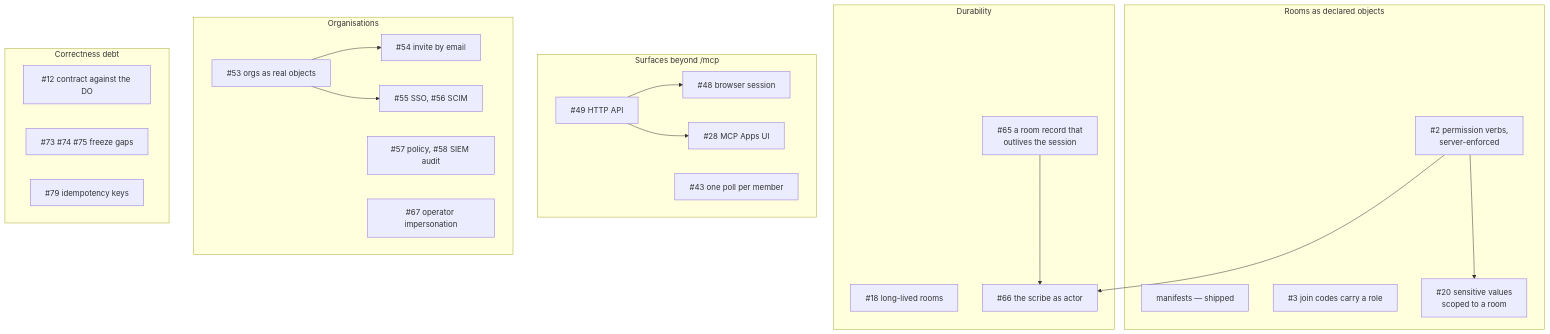
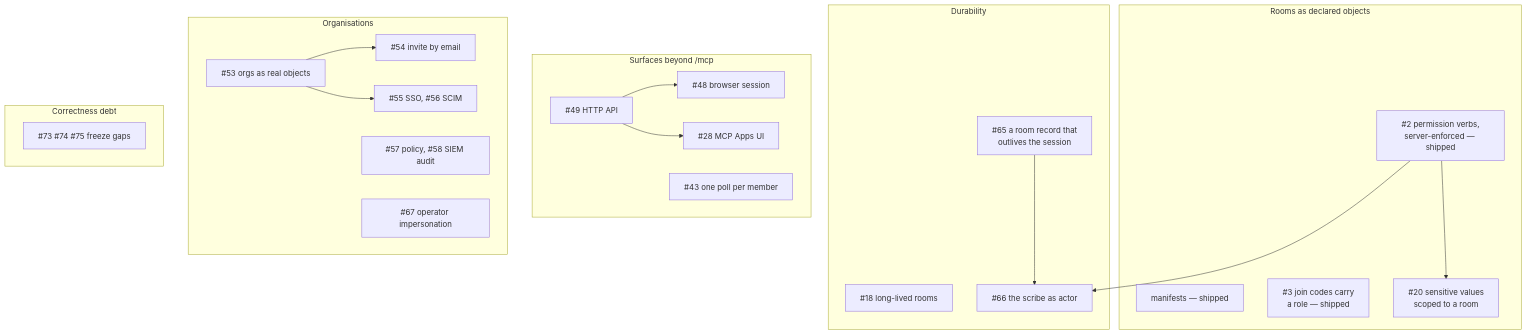
Before and after one commit to bellman-sh/bellman: the seventh of 7 diagrams in docs/ARCHITECTURE.md, drawn with Mermaid. The commit also changed other lines of this file, not shown here.

````diff
--- a/docs/ARCHITECTURE.md
+++ b/docs/ARCHITECTURE.md
@@ -333,40 +337,38 @@
 ```mermaid
 flowchart TB
     subgraph A["Rooms as declared objects"]
         A1["manifests — shipped"]
-        A2["#2 permission verbs,<br/>server-enforced"]
-        A3["#3 join codes carry a role"]
+        A2["#2 permission verbs,<br/>server-enforced — shipped"]
+        A3["#3 join codes carry<br/>a role — shipped"]
         A4["#20 sensitive values<br/>scoped to a room"]
     end
     subgraph B["Durability"]
         B1["#18 long-lived rooms"]
         B2["#65 a room record that<br/>outlives the session"]
         B3["#66 the scribe as actor"]
     end
     subgraph C["Surfaces beyond /mcp"]
         C1["#49 HTTP API"]
         C2["#48 browser session"]
         C3["#28 MCP Apps UI"]
         C4["#43 one poll per member"]
     end
     subgraph D["Organisations"]
         D1["#53 orgs as real objects"]
         D2["#54 invite by email"]
         D3["#55 SSO, #56 SCIM"]
         D4["#57 policy, #58 SIEM audit"]
         D5["#67 operator impersonation"]
     end
     subgraph E["Correctness debt"]
-        E2["#12 contract against the DO"]
         E3["#73 #74 #75 freeze gaps"]
-        E4["#79 idempotency keys"]
     end
 
     A2 --> A4
     A2 --> B3
     B2 --> B3
     C1 --> C2
     C1 --> C3
     D1 --> D2
     D1 --> D3
 ```
````
